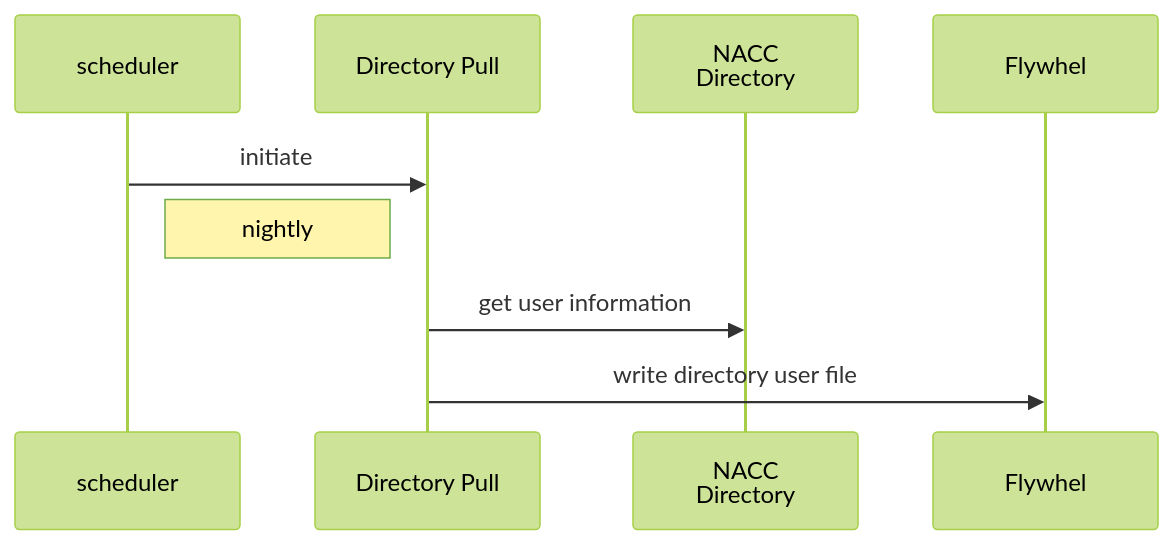
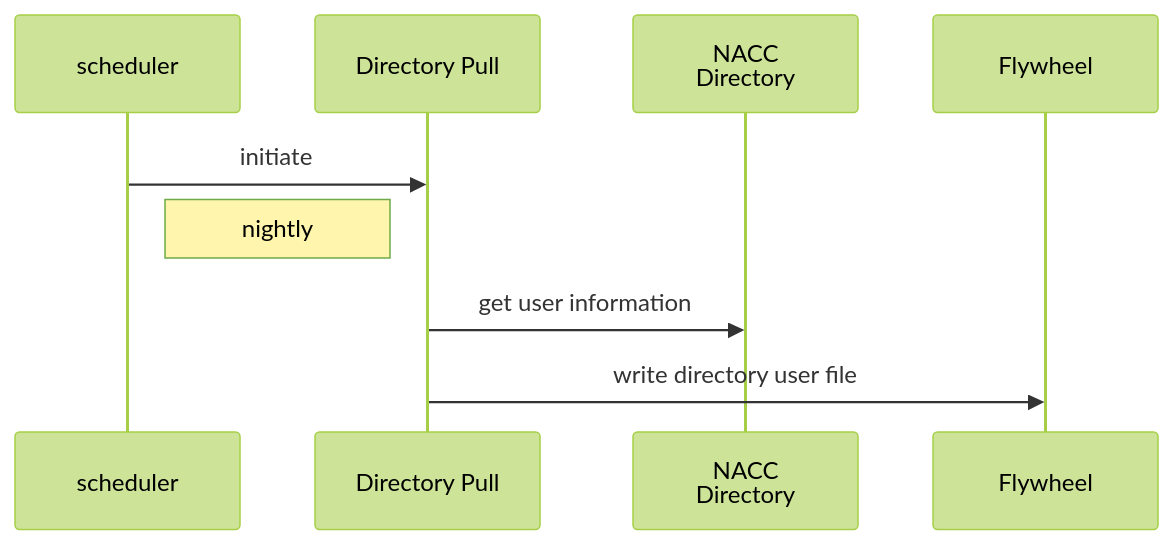
One commit to naccdata/nacc-flywheel changed the second of 3 diagrams in docs/user_management/process.md. Above: the diagram before and after it, drawn with Mermaid (forest theme).

Commit message:
Update process.md
Fix spelling

````diff
--- a/docs/user_management/process.md
+++ b/docs/user_management/process.md
@@ -25,10 +25,10 @@
 ```mermaid
 sequenceDiagram
     scheduler ->> puller: initiate
     note right of scheduler: nightly
 
     participant puller as Directory Pull
     participant directory as NACC<br/>Directory
     puller ->> directory: get user information
-    puller ->> Flywhel: write directory user file
+    puller ->> Flywheel: write directory user file
 ```
````
